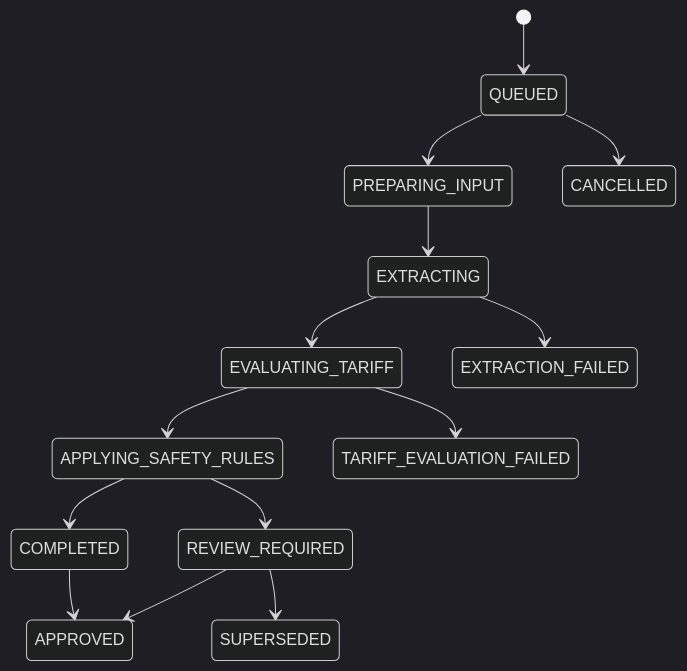
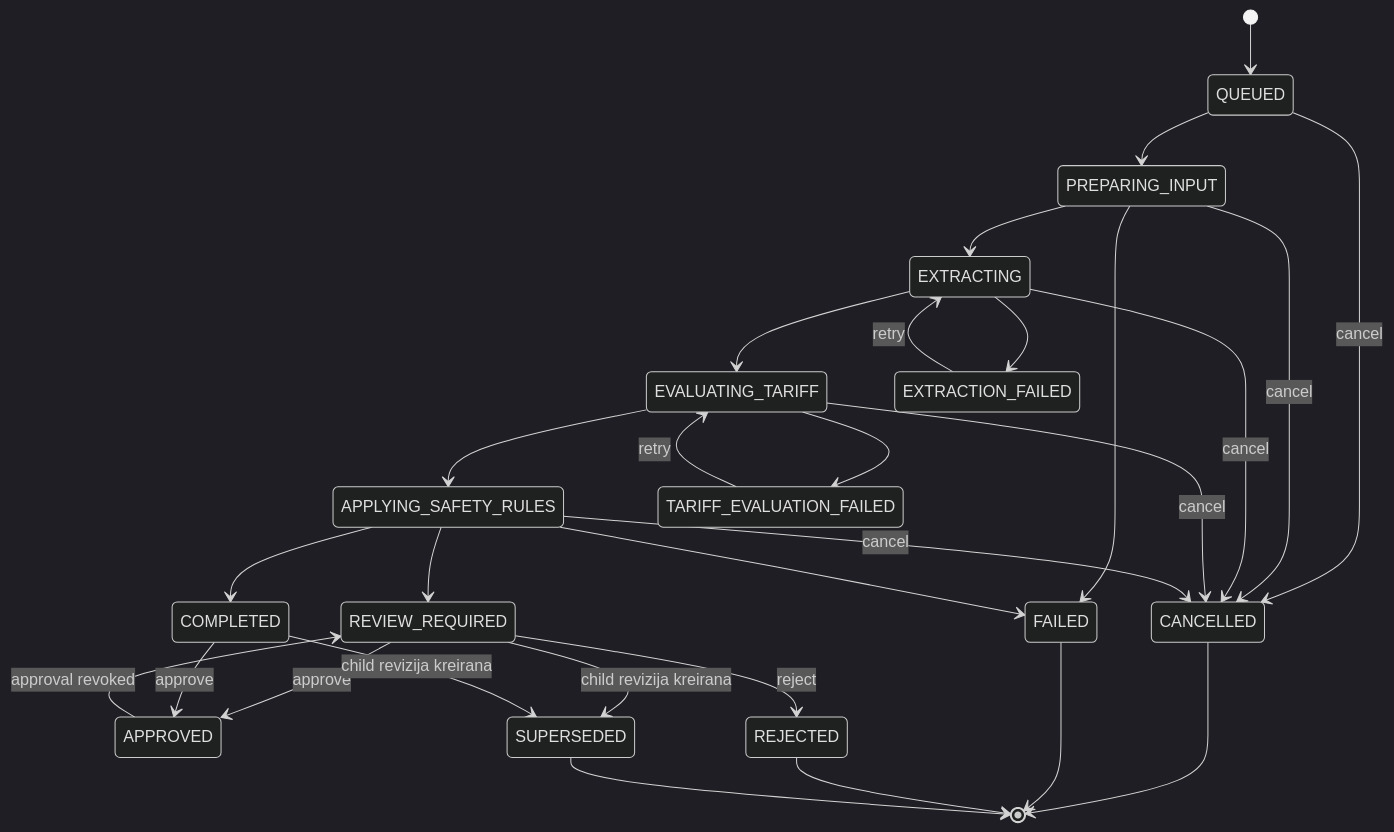
Before and after one commit to NerminFejzicAi/axenita-billing-copilot: diagram 13 of 15 in docs/14_DATA_FLOW_AND_SEQUENCE_DIAGRAMS.md, drawn with Mermaid (dark theme). The commit also changed other lines of this file, not shown here.

Commit message:
docs(diagrams): reconcile encounter and analysis state machines

````diff
--- a/docs/14_DATA_FLOW_AND_SEQUENCE_DIAGRAMS.md
+++ b/docs/14_DATA_FLOW_AND_SEQUENCE_DIAGRAMS.md
@@ -321,16 +357,42 @@
 ```mermaid
 stateDiagram-v2
     [*] --> QUEUED
+
     QUEUED --> PREPARING_INPUT
+    QUEUED --> CANCELLED: cancel
+
     PREPARING_INPUT --> EXTRACTING
+    PREPARING_INPUT --> FAILED
+    PREPARING_INPUT --> CANCELLED: cancel
+
     EXTRACTING --> EVALUATING_TARIFF
     EXTRACTING --> EXTRACTION_FAILED
+    EXTRACTING --> CANCELLED: cancel
+
+    EXTRACTION_FAILED --> EXTRACTING: retry
+
     EVALUATING_TARIFF --> APPLYING_SAFETY_RULES
     EVALUATING_TARIFF --> TARIFF_EVALUATION_FAILED
+    EVALUATING_TARIFF --> CANCELLED: cancel
+
+    TARIFF_EVALUATION_FAILED --> EVALUATING_TARIFF: retry
+
     APPLYING_SAFETY_RULES --> REVIEW_REQUIRED
     APPLYING_SAFETY_RULES --> COMPLETED
-    REVIEW_REQUIRED --> APPROVED
-    REVIEW_REQUIRED --> SUPERSEDED
-    COMPLETED --> APPROVED
-    QUEUED --> CANCELLED
+    APPLYING_SAFETY_RULES --> FAILED
+    APPLYING_SAFETY_RULES --> CANCELLED: cancel
+
+    REVIEW_REQUIRED --> APPROVED: approve
+    REVIEW_REQUIRED --> REJECTED: reject
+    REVIEW_REQUIRED --> SUPERSEDED: child revizija kreirana
+
+    COMPLETED --> APPROVED: approve
+    COMPLETED --> SUPERSEDED: child revizija kreirana
+
+    APPROVED --> REVIEW_REQUIRED: approval revoked
+
+    CANCELLED --> [*]
+    FAILED --> [*]
+    REJECTED --> [*]
+    SUPERSEDED --> [*]
 ```
````
